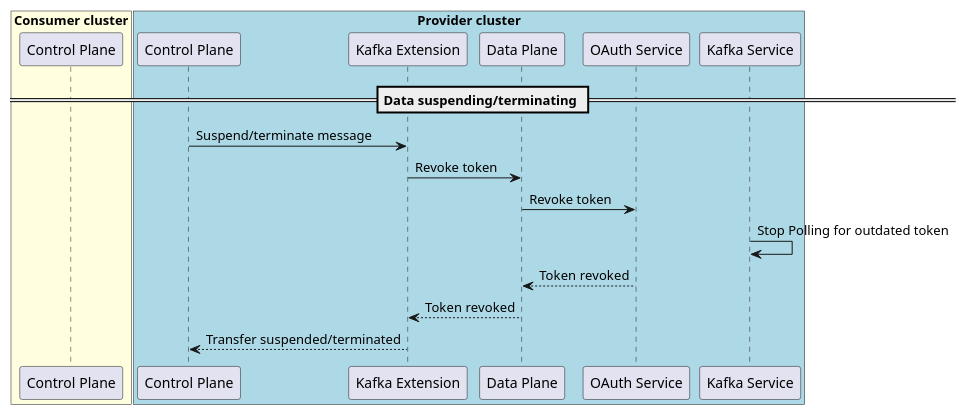
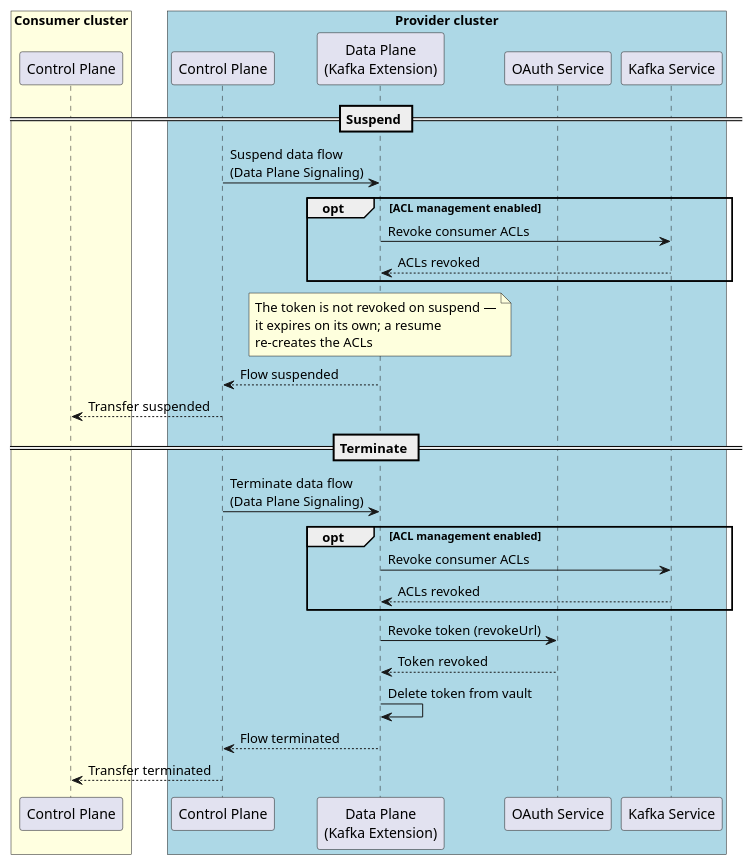
One commit to ds-jhartmann/tractusx-edc changed the diagram in docs/development/kafka-streaming/diagrams/Sequence diagram EDC Kafka Extension suspending-terminating.puml. Above: the diagram before and after it, drawn with PlantUML. The commit also changed 11 other files, not shown here.

Commit message:
docs(kafka): align docs with data-plane lifecycle and wiring

```diff
--- a/docs/development/kafka-streaming/diagrams/Sequence diagram EDC Kafka Extension suspending-terminating.puml
+++ b/docs/development/kafka-streaming/diagrams/Sequence diagram EDC Kafka Extension suspending-terminating.puml
@@ -1,26 +1,38 @@
 @startuml
 /'
 SPDX-License-Identifier: CC-BY-4.0
 SPDX-FileCopyrightText: (c) 2026 Contributors to the Eclipse Foundation
 '/
 box "Consumer cluster" #LightYellow
     participant "Control Plane" as ConsumerCP
 end box
 
 box "Provider cluster" #LightBlue
     participant "Control Plane"  as ProviderCP
-    participant "Kafka Extension" as ProviderKE
-    participant "Data Plane"  as ProviderDP
+    participant "Data Plane\n(Kafka Extension)" as ProviderDP
     participant "OAuth Service" as OAuth2
     participant "Kafka Service" as Kafka
 end box
 
-== Data suspending/terminating ==
-ProviderCP -> ProviderKE : Suspend/terminate message
-ProviderKE -> ProviderDP : Revoke token
-ProviderDP -> OAuth2 : Revoke token
-Kafka -> Kafka : Stop Polling for outdated token
+== Suspend ==
+ProviderCP -> ProviderDP : Suspend data flow\n(Data Plane Signaling)
+opt ACL management enabled
+    ProviderDP -> Kafka : Revoke consumer ACLs
+    ProviderDP <-- Kafka : ACLs revoked
+end
+note over ProviderDP : The token is not revoked on suspend —\nit expires on its own; a resume\nre-creates the ACLs
+ProviderCP <-- ProviderDP : Flow suspended
+ConsumerCP <-- ProviderCP : Transfer suspended
+
+== Terminate ==
+ProviderCP -> ProviderDP : Terminate data flow\n(Data Plane Signaling)
+opt ACL management enabled
+    ProviderDP -> Kafka : Revoke consumer ACLs
+    ProviderDP <-- Kafka : ACLs revoked
+end
+ProviderDP -> OAuth2 : Revoke token (revokeUrl)
 ProviderDP <-- OAuth2 : Token revoked
-ProviderKE <-- ProviderDP : Token revoked
-ProviderCP <-- ProviderKE : Transfer suspended/terminated
+ProviderDP -> ProviderDP : Delete token from vault
+ProviderCP <-- ProviderDP : Flow terminated
+ConsumerCP <-- ProviderCP : Transfer terminated
 @enduml
```
